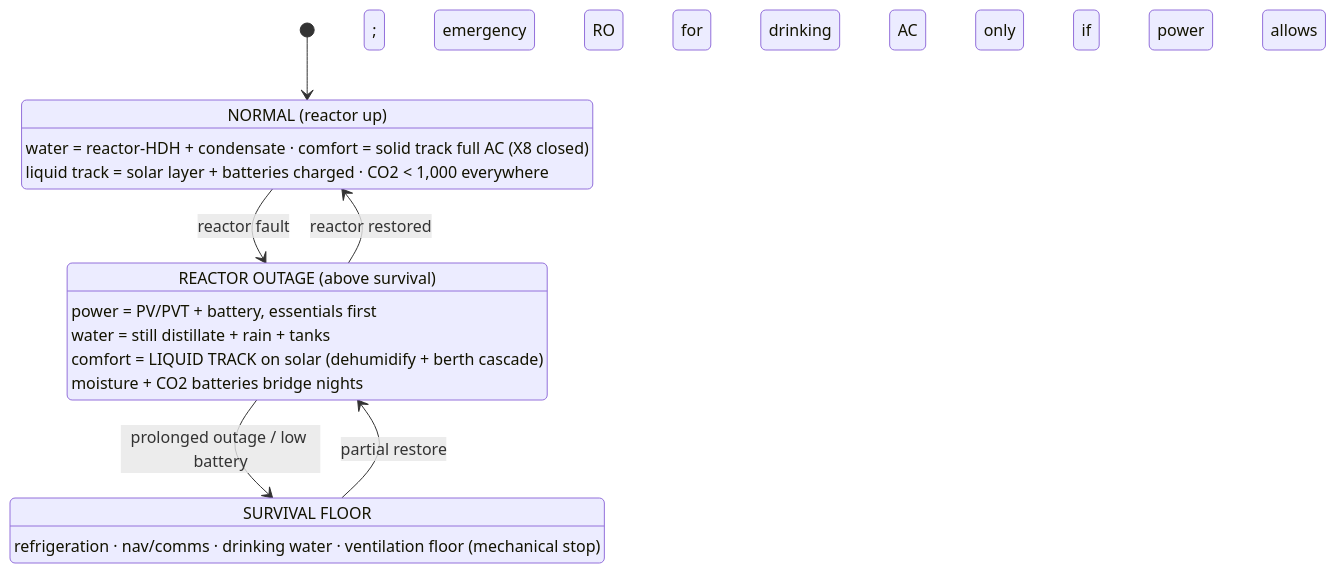
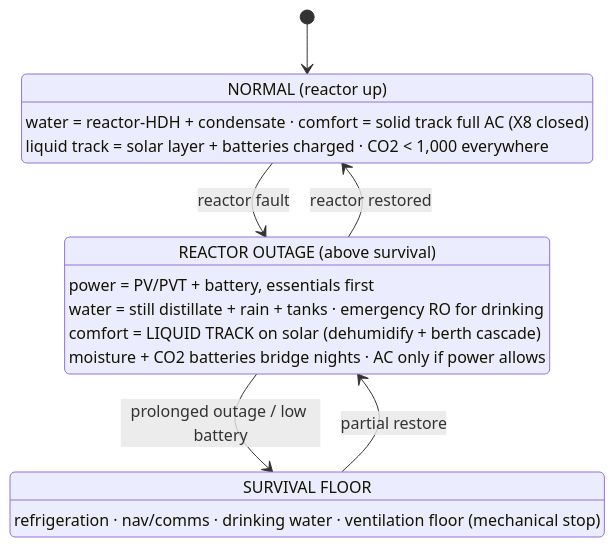
The third of 3 diagrams in docs/30_integration_energy_water.md (phicyclist/slice-cooling), drawn with Mermaid before and after one commit. The commit also changed other lines of this file and 25 other files, not shown here.

````diff
--- a/docs/30_integration_energy_water.md
+++ b/docs/30_integration_energy_water.md
@@ -148,18 +148,18 @@
 ```mermaid
 stateDiagram-v2
     [*] --> Normal
     Normal: NORMAL (reactor up)
     Normal: water = reactor-HDH + condensate · comfort = solid track full AC (X8 closed)
     Normal: liquid track = solar layer + batteries charged · CO2 < 1,000 everywhere
     Degraded: REACTOR OUTAGE (above survival)
     Degraded: power = PV/PVT + battery, essentials first
-    Degraded: water = still distillate + rain + tanks; emergency RO for drinking
-    Degraded: comfort = LIQUID TRACK on solar (dehumidify + berth cascade);
-    Degraded: moisture + CO2 batteries bridge nights; AC only if power allows
+    Degraded: water = still distillate + rain + tanks · emergency RO for drinking
+    Degraded: comfort = LIQUID TRACK on solar (dehumidify + berth cascade)
+    Degraded: moisture + CO2 batteries bridge nights · AC only if power allows
     Survival: SURVIVAL FLOOR
     Survival: refrigeration · nav/comms · drinking water · ventilation floor (mechanical stop)
     Normal --> Degraded: reactor fault
     Degraded --> Normal: reactor restored
     Degraded --> Survival: prolonged outage / low battery
     Survival --> Degraded: partial restore
 ```
````
